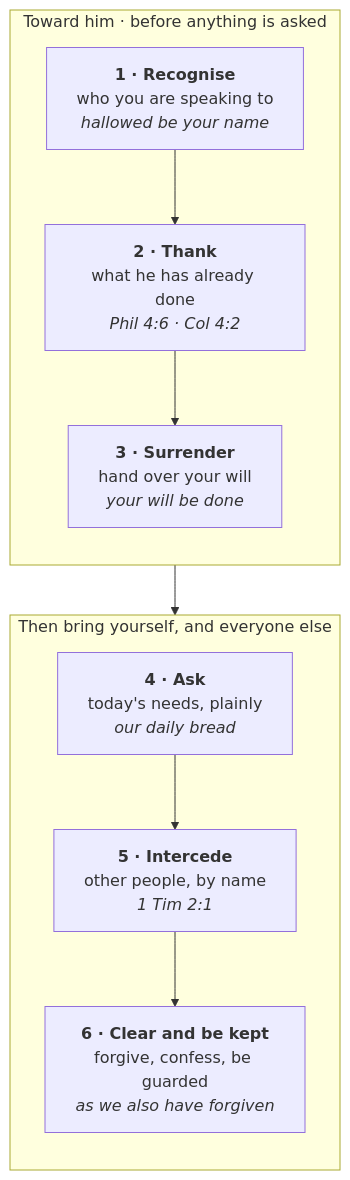
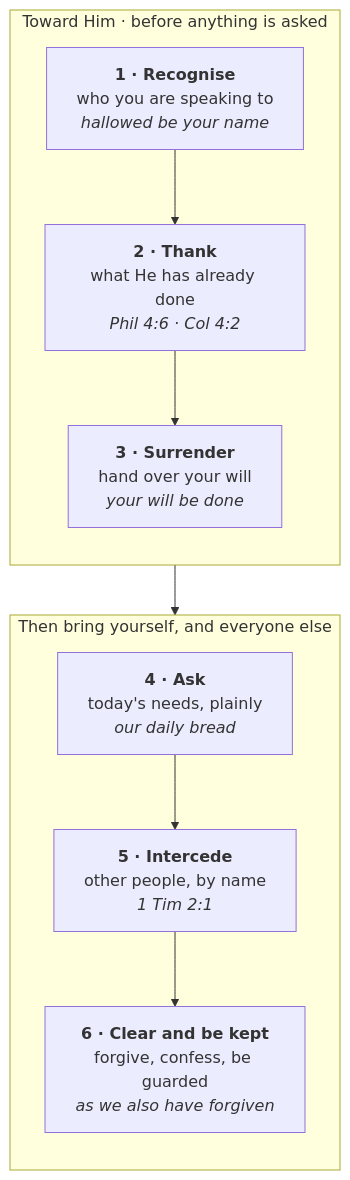
The diagram in docs/content/christian-life/prayer-as-communion.md (ding0t/bible_studies), drawn with Mermaid before and after one commit. The commit also changed other lines of this file and 2 other files, not shown here.

````diff
--- a/docs/content/christian-life/prayer-as-communion.md
+++ b/docs/content/christian-life/prayer-as-communion.md
@@ -657,20 +657,20 @@
 ```mermaid
 flowchart TD
-    subgraph GOD["Toward him · before anything is asked"]
+    subgraph GOD["Toward Him · before anything is asked"]
       direction TB
       A["<b>1 · Recognise</b><br/>who you are speaking to<br/><i>hallowed be your name</i>"]
-      B["<b>2 · Thank</b><br/>what he has already done<br/><i>Phil 4:6 · Col 4:2</i>"]
+      B["<b>2 · Thank</b><br/>what He has already done<br/><i>Phil 4:6 · Col 4:2</i>"]
       C["<b>3 · Surrender</b><br/>hand over your will<br/><i>your will be done</i>"]
       A --> B
       B --> C
     end
     subgraph US["Then bring yourself, and everyone else"]
       direction TB
       D["<b>4 · Ask</b><br/>today's needs, plainly<br/><i>our daily bread</i>"]
       E["<b>5 · Intercede</b><br/>other people, by name<br/><i>1 Tim 2:1</i>"]
       F["<b>6 · Clear and be kept</b><br/>forgive, confess, be guarded<br/><i>as we also have forgiven</i>"]
       D --> E
       E --> F
     end
     GOD --> US
 ```
````
